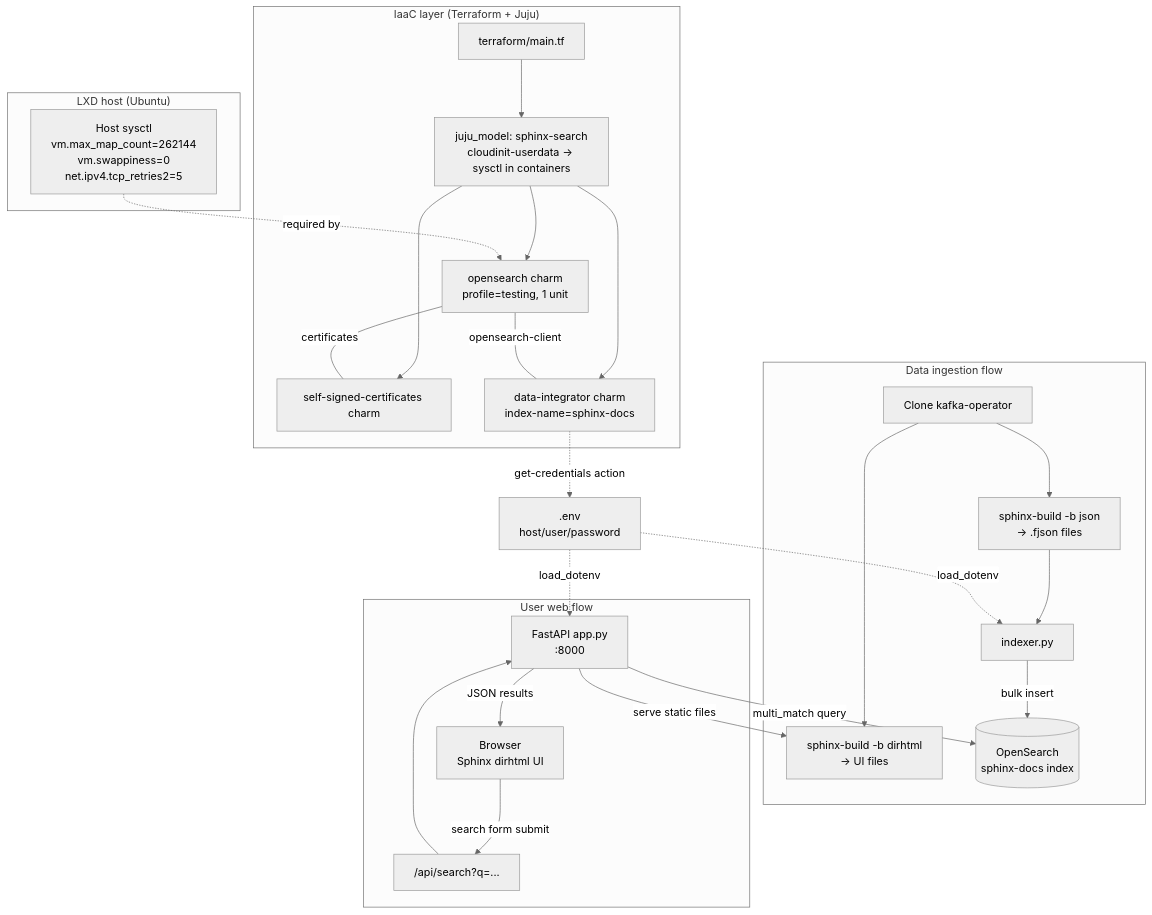
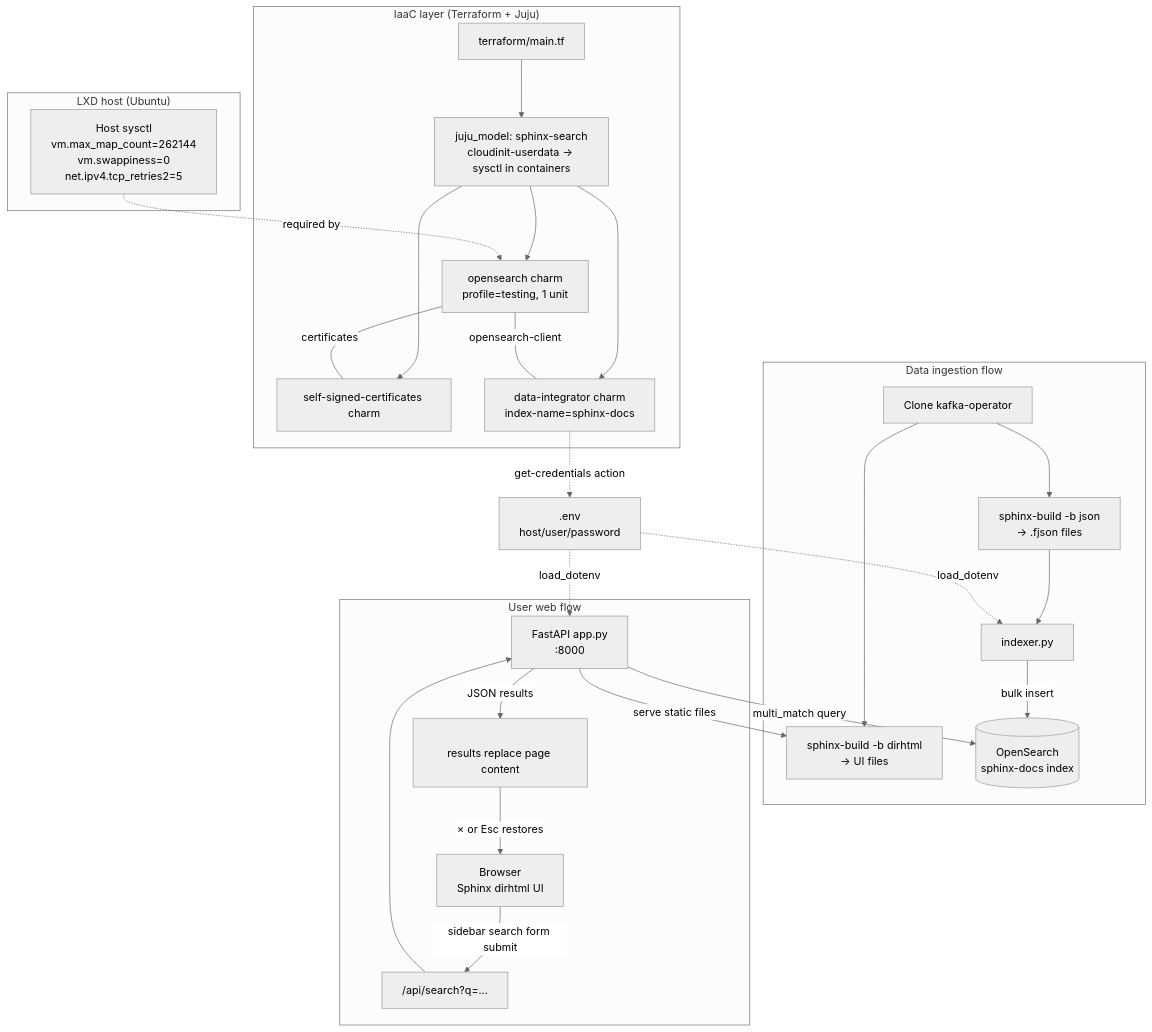
Before and after one commit to izmalk/docs-search-prototype: the diagram in ARCHITECTURE.md, drawn with Mermaid (neutral theme). The commit also changed other lines of this file and 3 other files, not shown here.

Commit message:
Update the search results and docs

````diff
--- a/ARCHITECTURE.md
+++ b/ARCHITECTURE.md
@@ -3,47 +3,49 @@
 ```mermaid
 flowchart TB
     subgraph Host["LXD host (Ubuntu)"]
         Sysctl["Host sysctl<br/>vm.max_map_count=262144<br/>vm.swappiness=0<br/>net.ipv4.tcp_retries2=5"]
     end
 
     subgraph IaaC["IaaC layer (Terraform + Juju)"]
         TF["terraform/main.tf"]
         Model["juju_model: sphinx-search<br/>cloudinit-userdata → sysctl in containers"]
         OS["opensearch charm<br/>profile=testing, 1 unit"]
         TLS["self-signed-certificates charm"]
         DI["data-integrator charm<br/>index-name=sphinx-docs"]
         TF --> Model
         Model --> OS
         Model --> TLS
         Model --> DI
         OS ---|certificates| TLS
         OS ---|opensearch-client| DI
     end
 
     subgraph Ingest["Data ingestion flow"]
         Clone["Clone kafka-operator"]
         BuildJSON["sphinx-build -b json<br/>→ .fjson files"]
         BuildHTML["sphinx-build -b dirhtml<br/>→ UI files"]
         Indexer["indexer.py"]
         OSIndex[("OpenSearch<br/>sphinx-docs index")]
         Clone --> BuildJSON --> Indexer
         Clone --> BuildHTML
         Indexer -->|bulk insert| OSIndex
     end
 
     subgraph Web["User web flow"]
         Browser["Browser<br/>Sphinx dirhtml UI"]
         FastAPI["FastAPI app.py<br/>:8000"]
         API["/api/search?q=..."]
-        Browser -->|search form submit| API
+        Content["<article id='furo-main-content'><br/>results replace page content"]
+        Browser -->|sidebar search form submit| API
         API --> FastAPI
         FastAPI -->|multi_match query| OSIndex
-        FastAPI -->|JSON results| Browser
+        FastAPI -->|JSON results| Content
+        Content -->|× or Esc restores| Browser
         FastAPI -->|serve static files| BuildHTML
     end
 
     Sysctl -.->|required by| OS
     DI -.->|get-credentials action| Creds[".env<br/>host/user/password"]
     Creds -.->|load_dotenv| Indexer
     Creds -.->|load_dotenv| FastAPI
 ```
````
